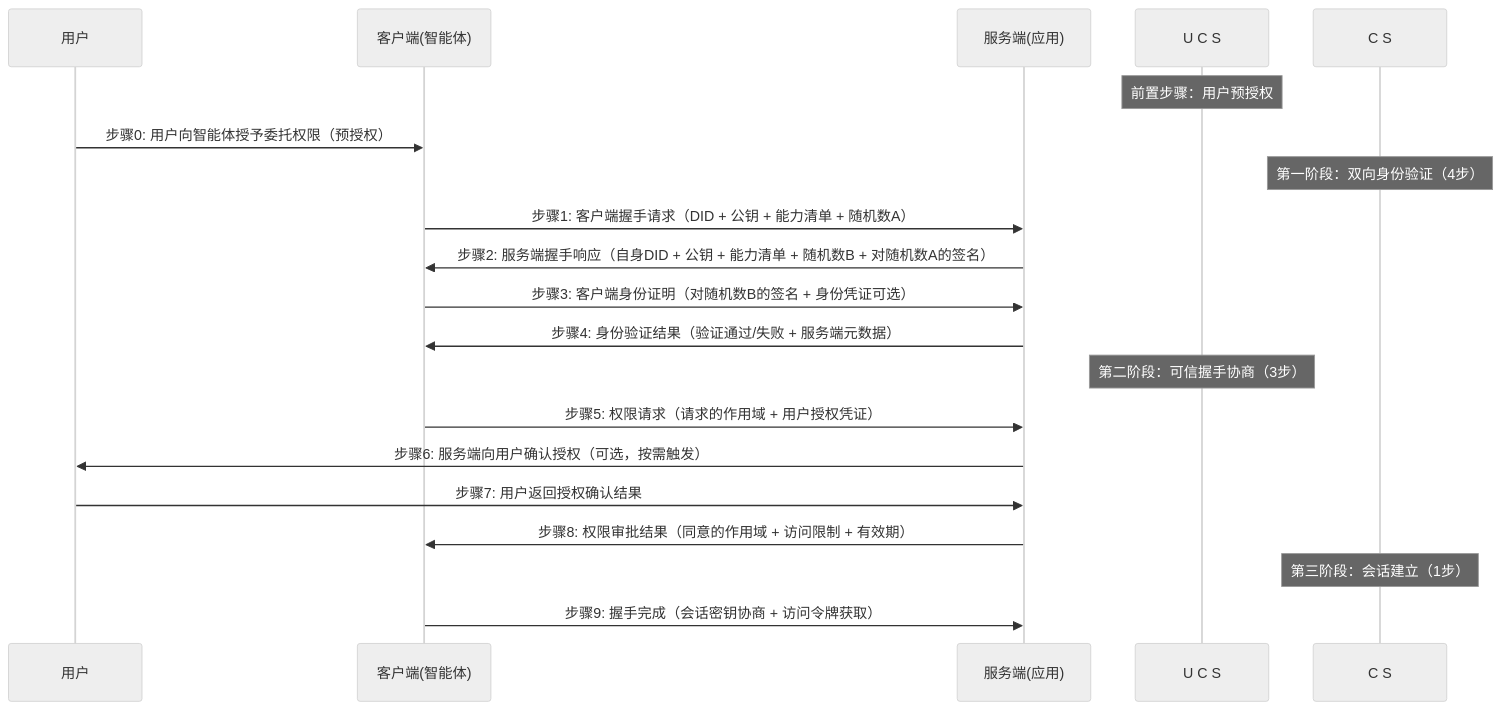
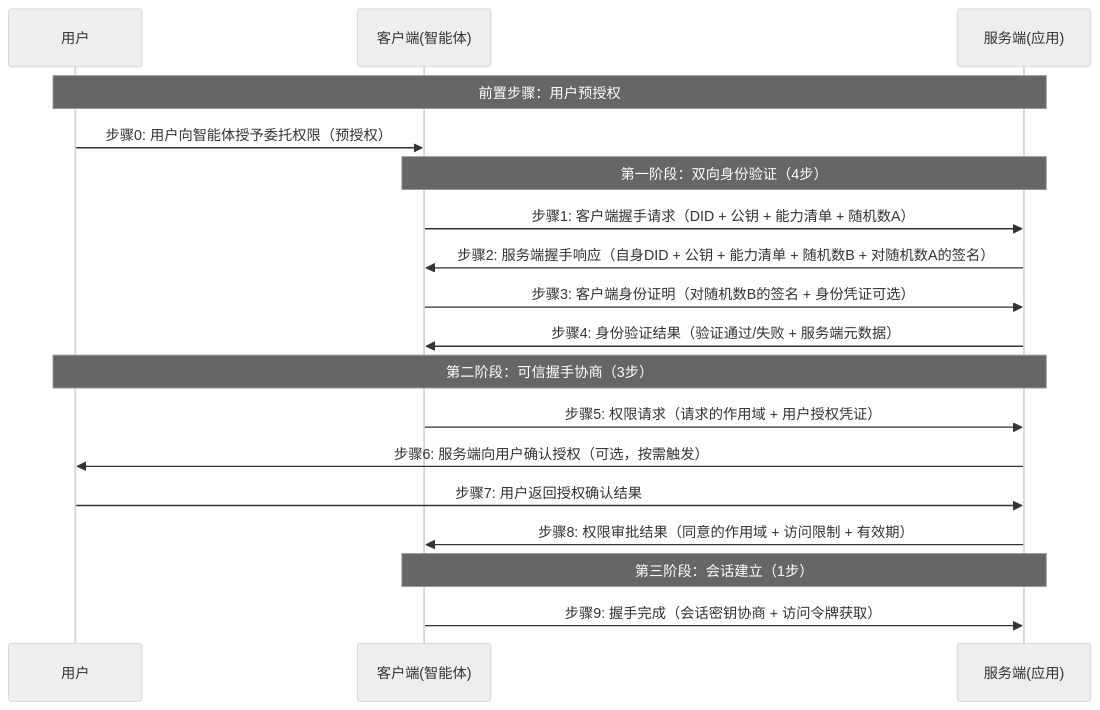
Before and after one commit to ath-protocol/agent-trust-handshake-protocol: the diagram in README.md, drawn with Mermaid (neutral theme).

Commit message:
fix: mermaid note display - use range notation instead of multiple participants

````diff
--- a/README.md
+++ b/README.md
@@ -111,24 +111,24 @@
 ```mermaid
 sequenceDiagram
     participant U as 用户
     participant C as 客户端(智能体)
     participant S as 服务端(应用)
     
-    Note over U C S: 前置步骤：用户预授权
+    Note over U,S: 前置步骤：用户预授权
     U->>C: 步骤0: 用户向智能体授予委托权限（预授权）
     
-    Note over C S: 第一阶段：双向身份验证（4步）
+    Note over C,S: 第一阶段：双向身份验证（4步）
     C->>S: 步骤1: 客户端握手请求（DID + 公钥 + 能力清单 + 随机数A）
     S->>C: 步骤2: 服务端握手响应（自身DID + 公钥 + 能力清单 + 随机数B + 对随机数A的签名）
     C->>S: 步骤3: 客户端身份证明（对随机数B的签名 + 身份凭证可选）
     S->>C: 步骤4: 身份验证结果（验证通过/失败 + 服务端元数据）
     
-    Note over U C S: 第二阶段：可信握手协商（3步）
+    Note over U,S: 第二阶段：可信握手协商（3步）
     C->>S: 步骤5: 权限请求（请求的作用域 + 用户授权凭证）
     S->>U: 步骤6: 服务端向用户确认授权（可选，按需触发）
     U->>S: 步骤7: 用户返回授权确认结果
     S->>C: 步骤8: 权限审批结果（同意的作用域 + 访问限制 + 有效期）
     
-    Note over C S: 第三阶段：会话建立（1步）
+    Note over C,S: 第三阶段：会话建立（1步）
     C->>S: 步骤9: 握手完成（会话密钥协商 + 访问令牌获取）
 ```
````
